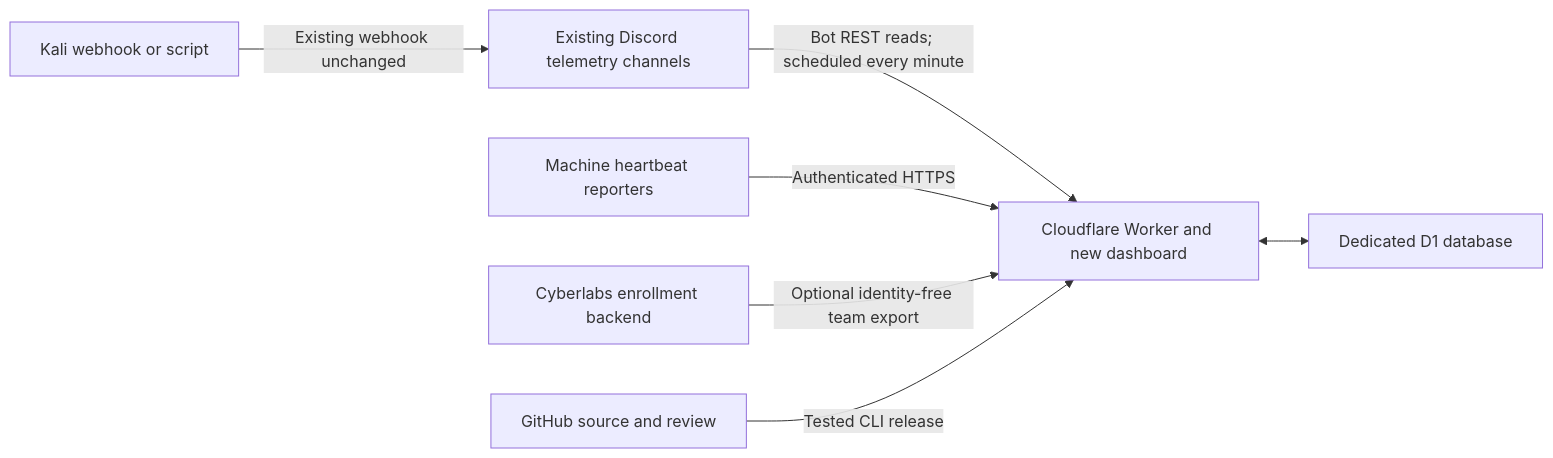
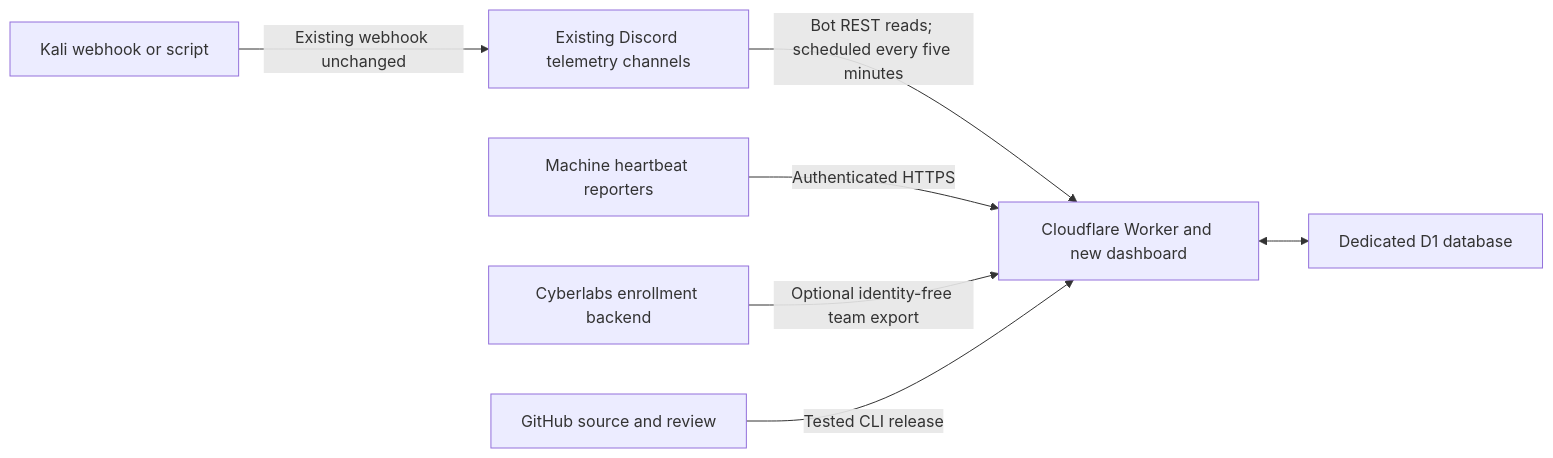
Before and after one commit to des-work/c3claw: the diagram in docs/CLOUDFLARE.md, drawn with Mermaid. The commit also changed other lines of this file and 17 other files, not shown here.

Commit message:
Default to low-cost five-minute snapshots and bounded machine reporting

````diff
--- a/docs/CLOUDFLARE.md
+++ b/docs/CLOUDFLARE.md
@@ -9,9 +11,9 @@
 ```mermaid
 flowchart LR
   Kali[Kali webhook or script] -->|Existing webhook unchanged| Discord[Existing Discord telemetry channels]
-  Discord -->|Bot REST reads; scheduled every minute| Worker[Cloudflare Worker and new dashboard]
+  Discord -->|Bot REST reads; scheduled every five minutes| Worker[Cloudflare Worker and new dashboard]
   Worker <--> D1[Dedicated D1 database]
   Machines[Machine heartbeat reporters] -->|Authenticated HTTPS| Worker
   Cyberlabs[Cyberlabs enrollment backend] -->|Optional identity-free team export| Worker
   GitHub[GitHub source and review] -->|Tested CLI release| Worker
 ```
````
